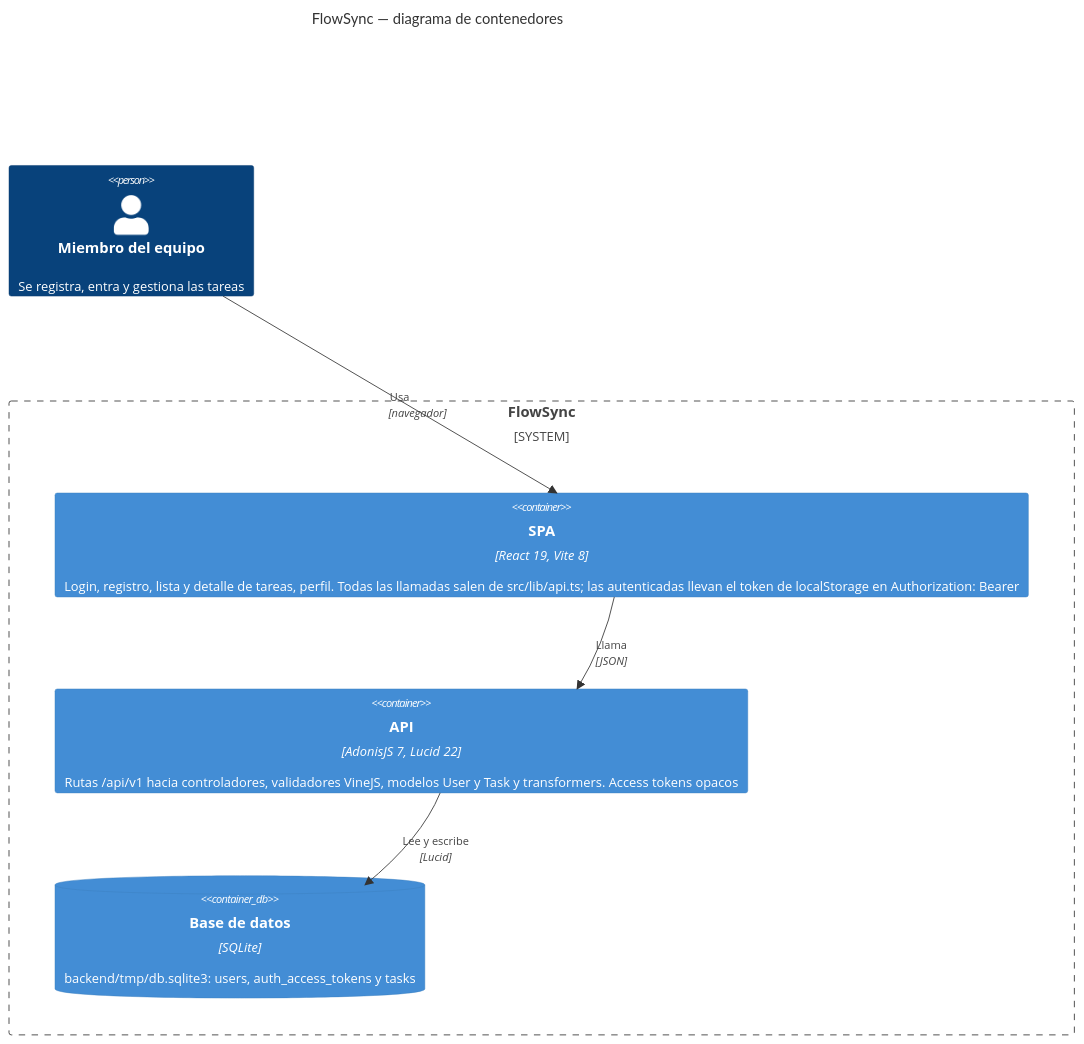
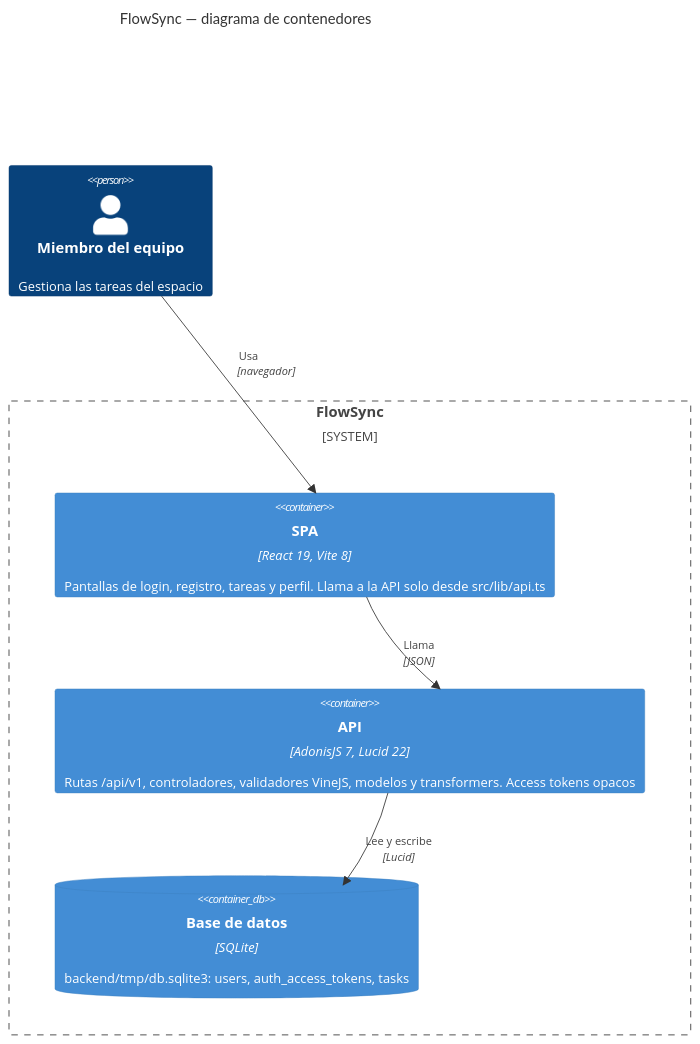
Before and after one commit to ebaudet/flowsync-ai4devs-202609-seniors-2: the diagram in docs/architecture.md, drawn with Mermaid.

Commit message:
docs(architecture): apilar el diagrama en vertical para que se lea
Una caja por fila, descripciones más cortas y la etiqueta de la primera
flecha desplazada para que no pise el título del sistema.

````diff
--- a/docs/architecture.md
+++ b/docs/architecture.md
@@ -5,16 +5,19 @@
 ```mermaid
 C4Container
     title FlowSync — diagrama de contenedores
 
-    Person(user, "Miembro del equipo", "Se registra, entra y gestiona las tareas")
+    Person(user, "Miembro del equipo", "Gestiona las tareas del espacio")
 
     System_Boundary(flowsync, "FlowSync") {
-        Container(spa, "SPA", "React 19, Vite 8", "Login, registro, lista y detalle de tareas, perfil. Todas las llamadas salen de src/lib/api.ts; las autenticadas llevan el token de localStorage en Authorization: Bearer")
-        Container(api, "API", "AdonisJS 7, Lucid 22", "Rutas /api/v1 hacia controladores, validadores VineJS, modelos User y Task y transformers. Access tokens opacos")
-        ContainerDb(db, "Base de datos", "SQLite", "backend/tmp/db.sqlite3: users, auth_access_tokens y tasks")
+        Container(spa, "SPA", "React 19, Vite 8", "Pantallas de login, registro, tareas y perfil. Llama a la API solo desde src/lib/api.ts")
+        Container(api, "API", "AdonisJS 7, Lucid 22", "Rutas /api/v1, controladores, validadores VineJS, modelos y transformers. Access tokens opacos")
+        ContainerDb(db, "Base de datos", "SQLite", "backend/tmp/db.sqlite3: users, auth_access_tokens, tasks")
     }
 
     Rel(user, spa, "Usa", "navegador")
     Rel(spa, api, "Llama", "JSON")
     Rel(api, db, "Lee y escribe", "Lucid")
+
+    UpdateRelStyle(user, spa, $offsetY="-45")
+    UpdateLayoutConfig($c4ShapeInRow="1", $c4BoundaryInRow="1")
 ```
````
